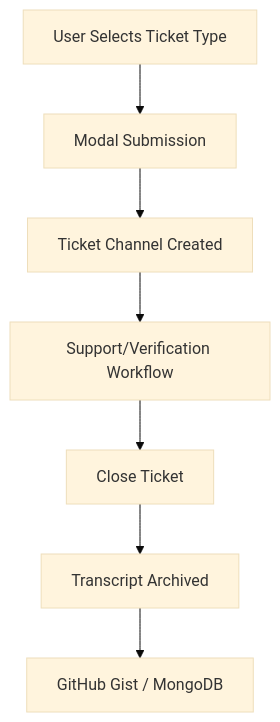
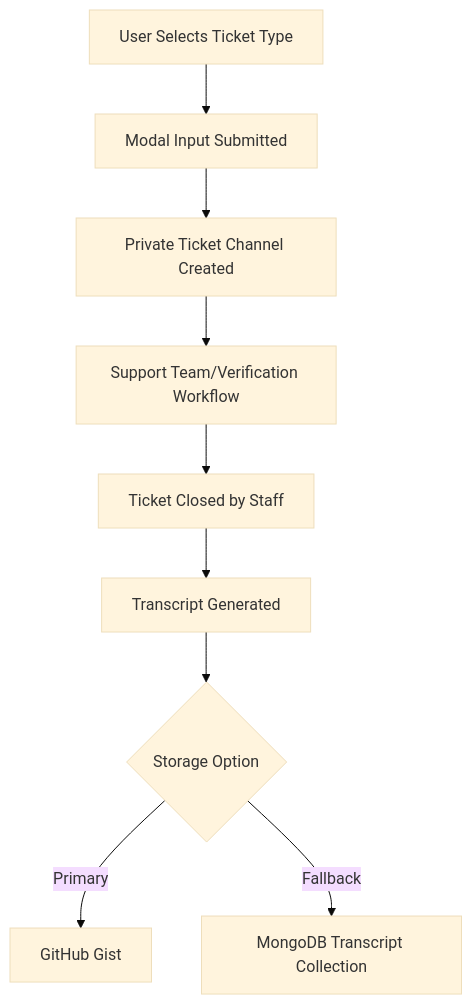
Before and after one commit to rushinski/Discord-Bot-Unity: the second of 7 diagrams in ARCHITECTURE.md, drawn with Mermaid (base theme). The commit also changed other lines of this file, not shown here.

Commit message:
more architecture updates

````diff
--- a/ARCHITECTURE.md
+++ b/ARCHITECTURE.md
@@ -39,9 +44,11 @@
 ```mermaid
 flowchart TD
-    A[User Selects Ticket Type] --> B[Modal Submission]
-    B --> C[Ticket Channel Created]
-    C --> D[Support/Verification Workflow]
-    D --> E[Close Ticket]
-    E --> F[Transcript Archived]
-    F --> G[GitHub Gist / MongoDB]
+    A[User Selects Ticket Type] --> B[Modal Input Submitted]
+    B --> C[Private Ticket Channel Created]
+    C --> D[Support Team/Verification Workflow]
+    D --> E[Ticket Closed by Staff]
+    E --> F[Transcript Generated]
+    F --> G{Storage Option}
+    G -->|Primary| H[GitHub Gist]
+    G -->|Fallback| I[MongoDB Transcript Collection]
 ```
````
